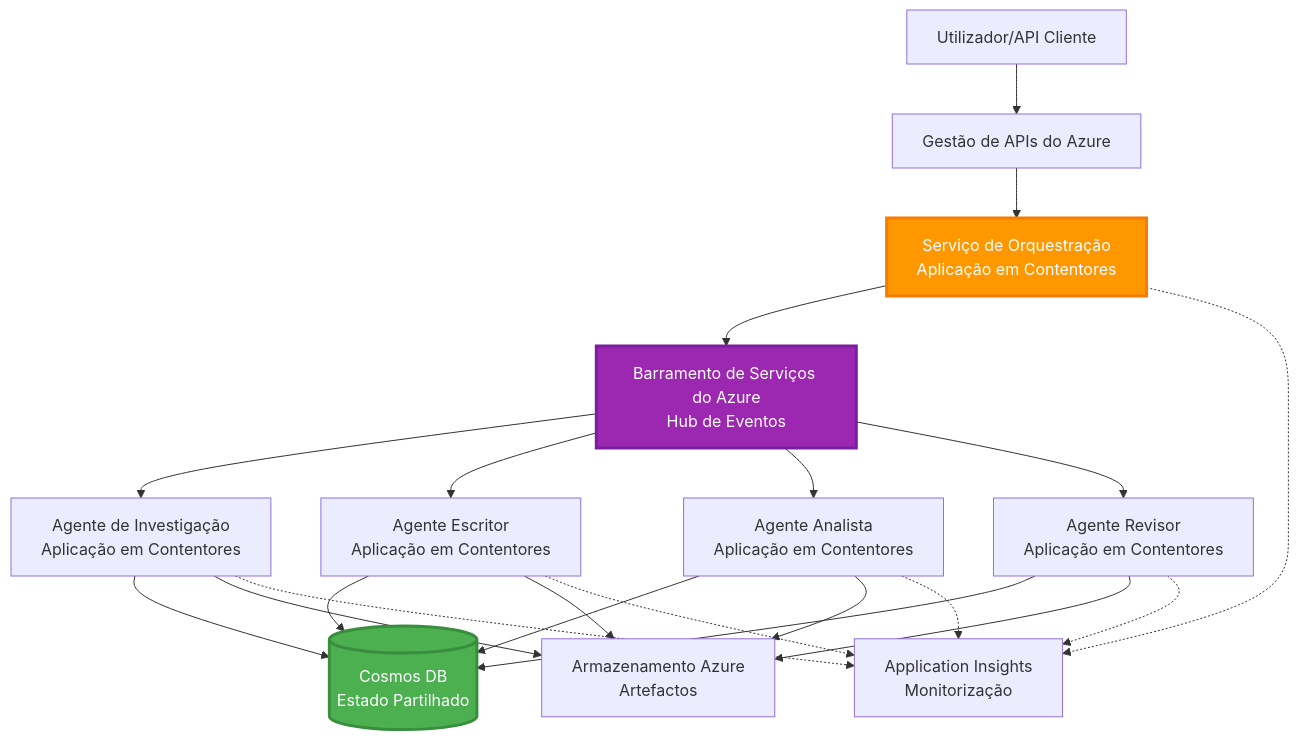
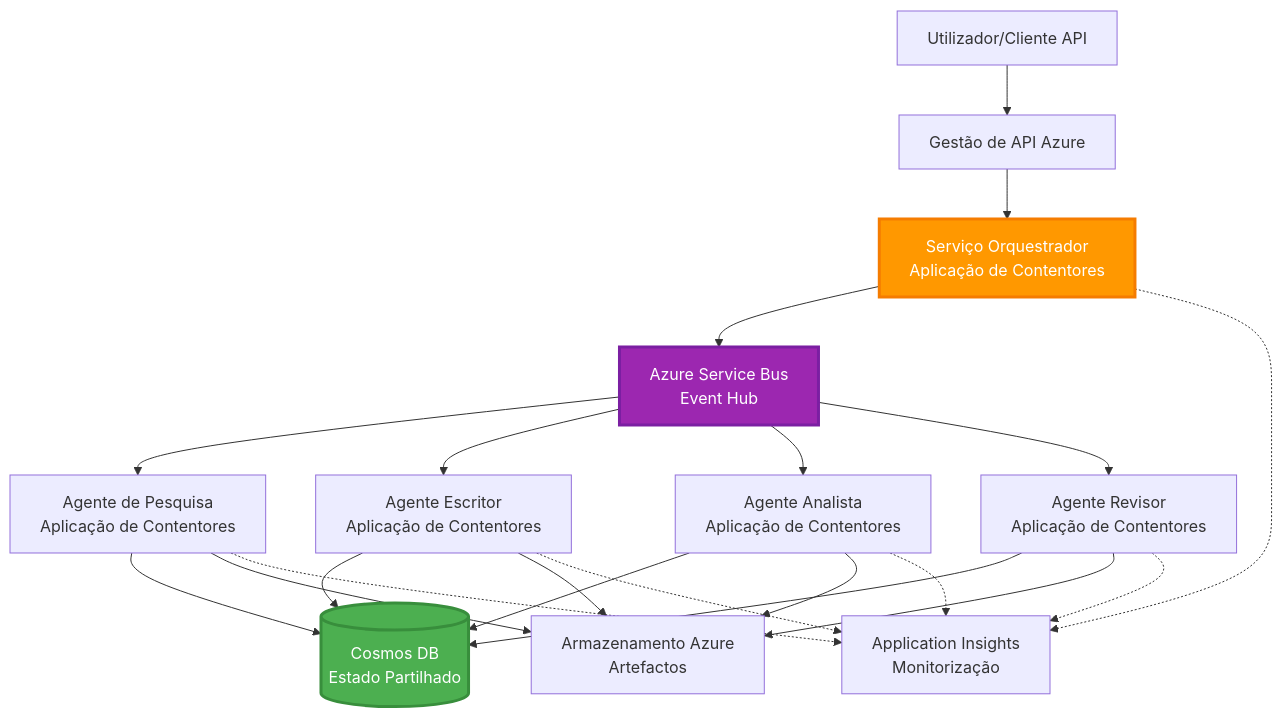
The sixth of 6 diagrams in translations/pt-PT/docs/chapter-06-pre-deployment/coordination-patterns.md (microsoft/AZD-for-beginners), drawn with Mermaid before and after one commit. The commit also changed other lines of this file and 101 other files, not shown here.

````diff
--- a/translations/pt-PT/docs/chapter-06-pre-deployment/coordination-patterns.md
+++ b/translations/pt-PT/docs/chapter-06-pre-deployment/coordination-patterns.md
@@ -271,45 +265,45 @@
 ```mermaid
 graph TB
-    User[Utilizador/API Cliente]
-    APIM[Gestão de APIs do Azure]
-    Orchestrator[Serviço de Orquestração<br/>Aplicação em Contentores]
-    ServiceBus[Barramento de Serviços do Azure<br/>Hub de Eventos]
+    User[Utilizador/Cliente API]
+    APIM[Gestão de API Azure]
+    Orchestrator[Serviço Orquestrador<br/>Aplicação de Contentores]
+    ServiceBus[Azure Service Bus<br/>Event Hub]
     
-    Agent1[Agente de Investigação<br/>Aplicação em Contentores]
-    Agent2[Agente Escritor<br/>Aplicação em Contentores]
-    Agent3[Agente Analista<br/>Aplicação em Contentores]
-    Agent4[Agente Revisor<br/>Aplicação em Contentores]
+    Agent1[Agente de Pesquisa<br/>Aplicação de Contentores]
+    Agent2[Agente Escritor<br/>Aplicação de Contentores]
+    Agent3[Agente Analista<br/>Aplicação de Contentores]
+    Agent4[Agente Revisor<br/>Aplicação de Contentores]
     
     CosmosDB[(Cosmos DB<br/>Estado Partilhado)]
     Storage[Armazenamento Azure<br/>Artefactos]
     AppInsights[Application Insights<br/>Monitorização]
     
     User --> APIM
     APIM --> Orchestrator
     
     Orchestrator --> ServiceBus
     ServiceBus --> Agent1
     ServiceBus --> Agent2
     ServiceBus --> Agent3
     ServiceBus --> Agent4
     
     Agent1 --> CosmosDB
     Agent2 --> CosmosDB
     Agent3 --> CosmosDB
     Agent4 --> CosmosDB
     
     Agent1 --> Storage
     Agent2 --> Storage
     Agent3 --> Storage
     Agent4 --> Storage
     
     Orchestrator -.-> AppInsights
     Agent1 -.-> AppInsights
     Agent2 -.-> AppInsights
     Agent3 -.-> AppInsights
     Agent4 -.-> AppInsights
     
     style Orchestrator fill:#FF9800,stroke:#F57C00,stroke-width:3px,color:#fff
     style ServiceBus fill:#9C27B0,stroke:#7B1FA2,stroke-width:3px,color:#fff
     style CosmosDB fill:#4CAF50,stroke:#388E3C,stroke-width:3px,color:#fff
 ```
````
